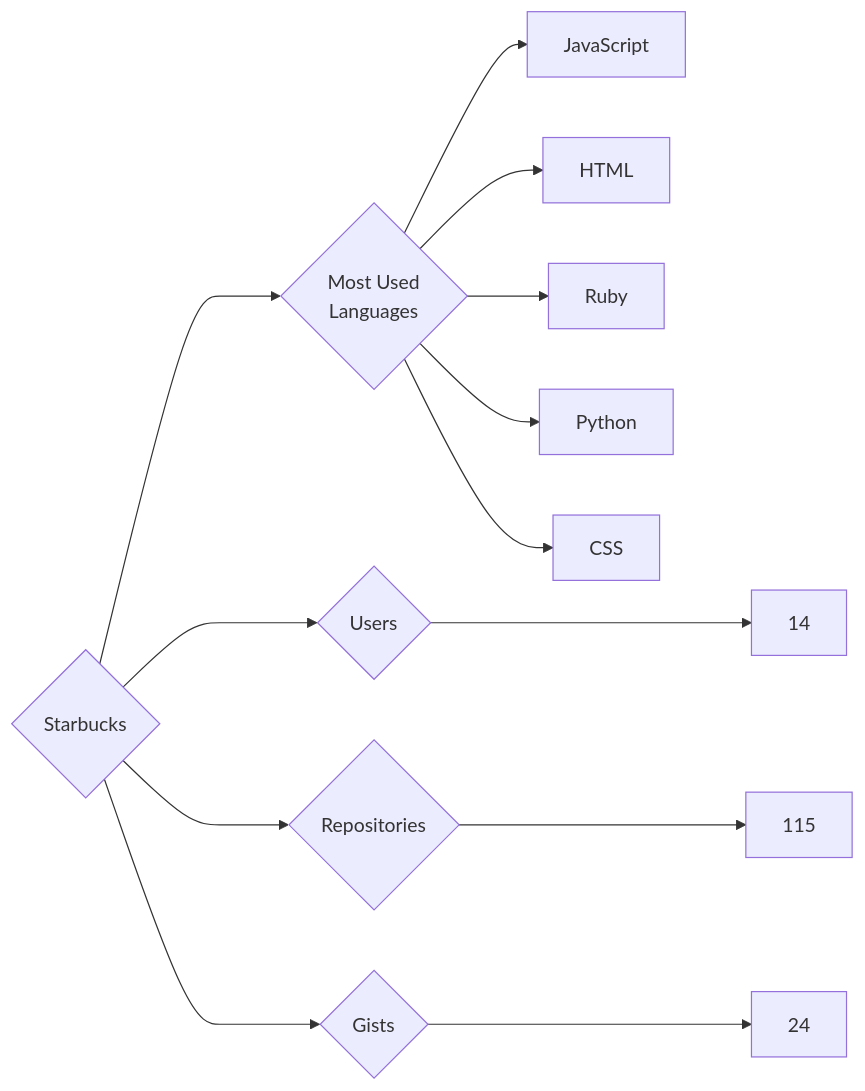
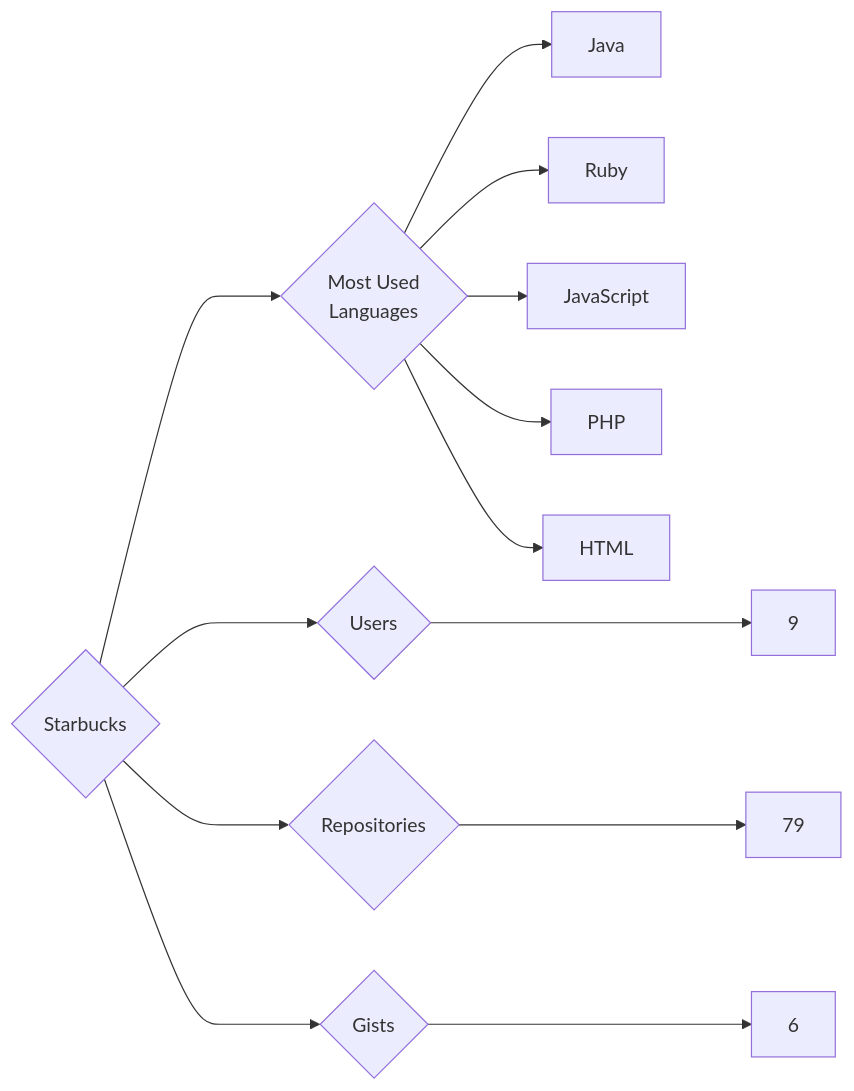
The diagram in targets/Starbucks/README.md (trickest/insiders), drawn with Mermaid before and after one commit. The commit also changed 976 other files, not shown here.

````diff
--- a/targets/Starbucks/README.md
+++ b/targets/Starbucks/README.md
@@ -3,13 +3,13 @@
 ```mermaid
 graph LR
 COMPANY_NAME{Starbucks}
-COMPANY_NAME ---> U{Users} ---> UN[14]
-COMPANY_NAME ---> R{Repositories} ---> RN[115]
-COMPANY_NAME ---> G{Gists} ---> GN[24]
+COMPANY_NAME ---> U{Users} ---> UN[9]
+COMPANY_NAME ---> R{Repositories} ---> RN[79]
+COMPANY_NAME ---> G{Gists} ---> GN[6]
 COMPANY_NAME ---> ML{Most Used<br>Languages}
+ML --> Java[Java]
+ML --> Ruby[Ruby]
 ML --> JavaScript[JavaScript]
+ML --> PHP[PHP]
 ML --> HTML[HTML]
-ML --> Ruby[Ruby]
-ML --> Python[Python]
-ML --> CSS[CSS]
 ```
````
